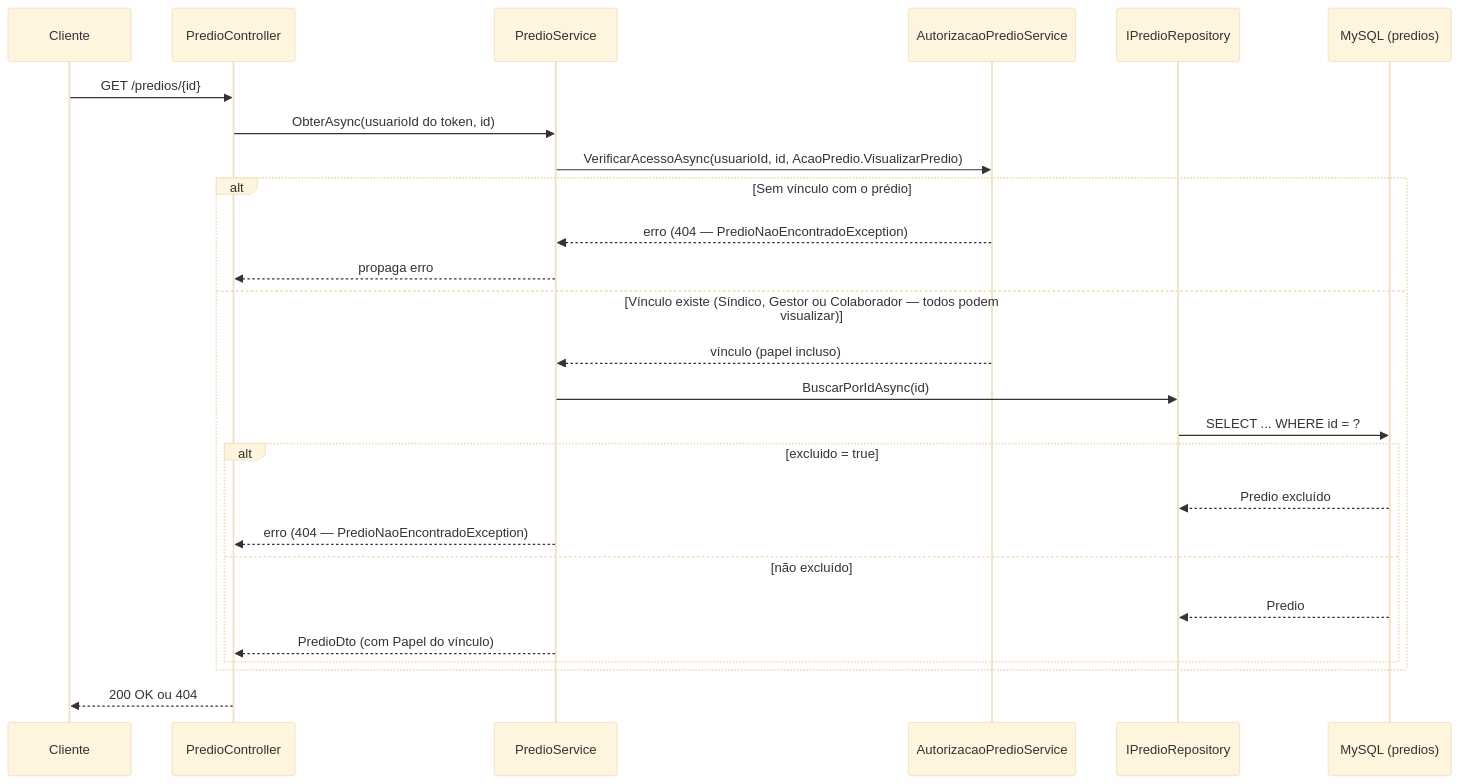
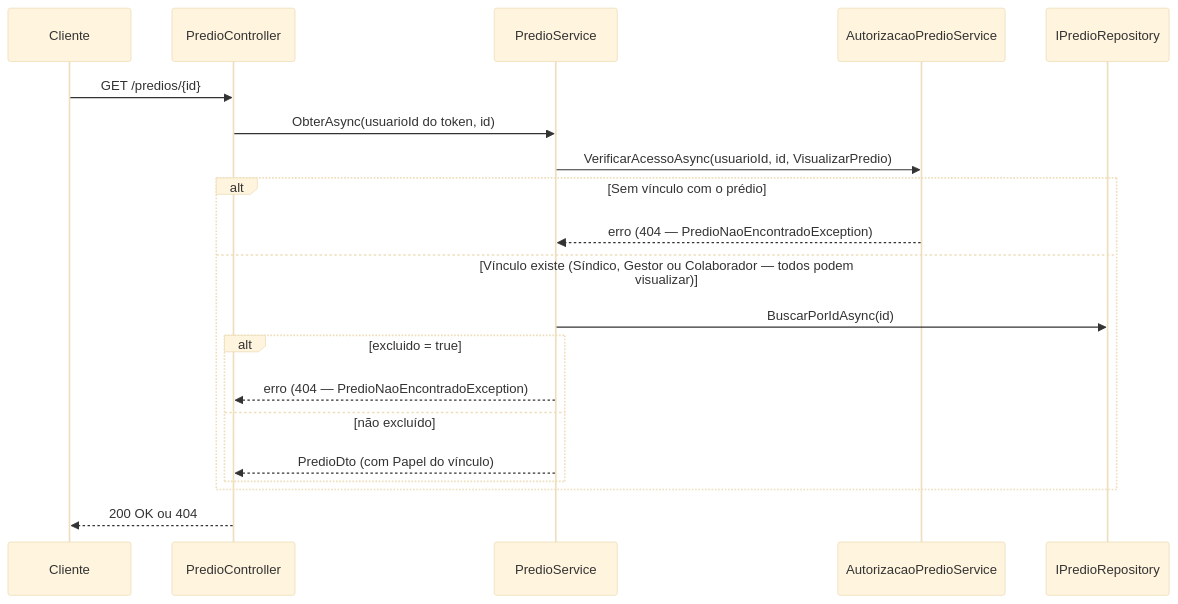
The second of 2 diagrams in backend/documentation/PREDIOS.md (pdrollucas/euSindico), drawn with Mermaid (base theme) before and after one commit. The commit also changed other lines of this file and 11 other files, not shown here.

````diff
--- a/backend/documentation/PREDIOS.md
+++ b/backend/documentation/PREDIOS.md
@@ -186,29 +144,23 @@
 ```mermaid
 sequenceDiagram
     participant C as Cliente
     participant A as PredioController
     participant S as PredioService
     participant AZ as AutorizacaoPredioService
     participant R as IPredioRepository
-    participant DB as MySQL (predios)
 
     C->>A: GET /predios/{id}
     A->>S: ObterAsync(usuarioId do token, id)
-    S->>AZ: VerificarAcessoAsync(usuarioId, id, AcaoPredio.VisualizarPredio)
+    S->>AZ: VerificarAcessoAsync(usuarioId, id, VisualizarPredio)
     alt Sem vínculo com o prédio
         AZ-->>S: erro (404 — PredioNaoEncontradoException)
-        S-->>A: propaga erro
     else Vínculo existe (Síndico, Gestor ou Colaborador — todos podem visualizar)
-        AZ-->>S: vínculo (papel incluso)
         S->>R: BuscarPorIdAsync(id)
-        R->>DB: SELECT ... WHERE id = ?
         alt excluido = true
-            DB-->>R: Predio excluído
             S-->>A: erro (404 — PredioNaoEncontradoException)
         else não excluído
-            DB-->>R: Predio
             S-->>A: PredioDto (com Papel do vínculo)
         end
     end
     A-->>C: 200 OK ou 404
 ```
````
